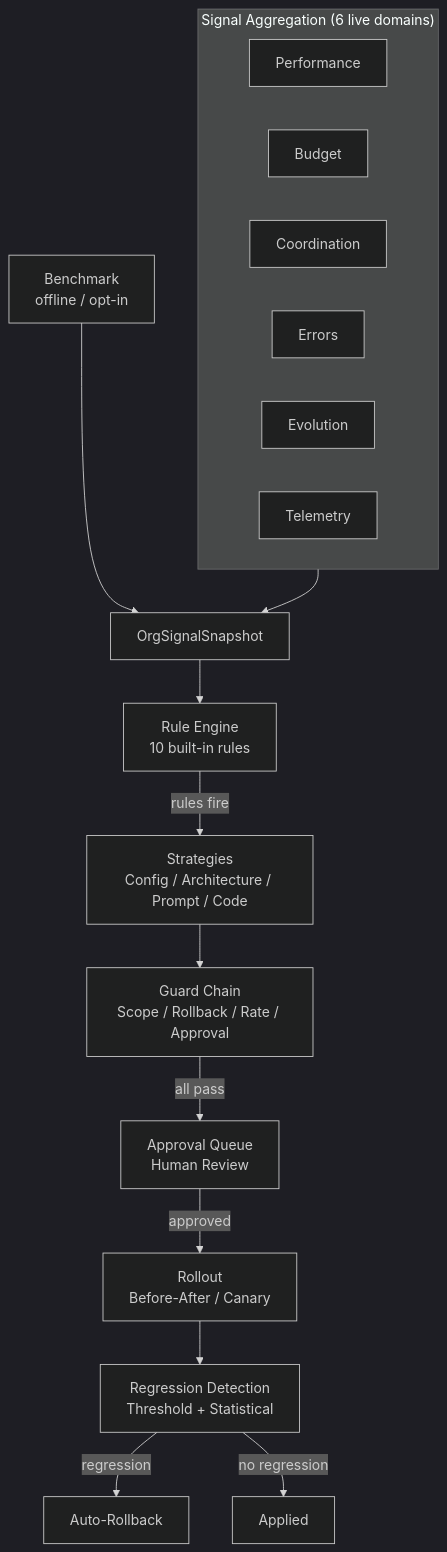
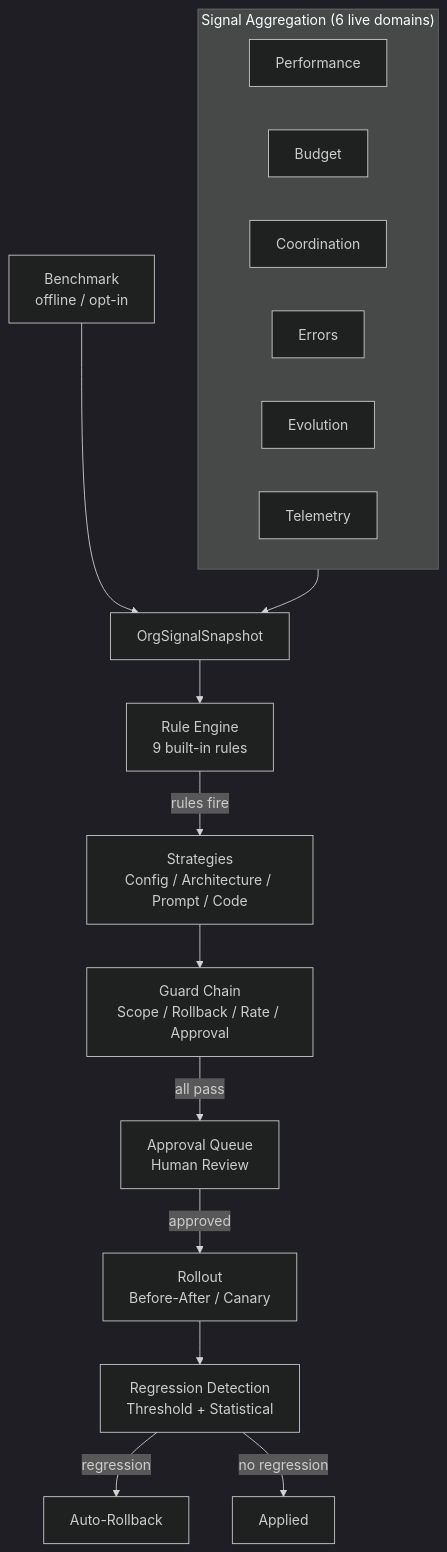
One commit to Aureliolo/synthorg changed the diagram in docs/design/self-improvement.md. Above: the diagram before and after it, drawn with Mermaid (dark theme). The commit also changed other lines of this file and 25 other files, not shown here.

````diff
--- a/docs/design/self-improvement.md
+++ b/docs/design/self-improvement.md
@@ -11,23 +11,23 @@
 ```mermaid
 flowchart TD
     subgraph signals["Signal Aggregation (6 live domains)"]
         P[Performance]
         B[Budget]
         C[Coordination]
         E[Errors]
         V[Evolution]
         T[Telemetry]
     end
 
     Bm["Benchmark<br/>offline / opt-in"]
     signals --> SNAP[OrgSignalSnapshot]
     Bm --> SNAP
-    SNAP --> RE[Rule Engine<br/>10 built-in rules]
+    SNAP --> RE[Rule Engine<br/>9 built-in rules]
     RE -->|rules fire| STRATEGIES[Strategies<br/>Config / Architecture / Prompt / Code]
     STRATEGIES --> GUARD[Guard Chain<br/>Scope / Rollback / Rate / Approval]
     GUARD -->|all pass| QUEUE[Approval Queue<br/>Human Review]
     QUEUE -->|approved| ROLLOUT[Rollout<br/>Before-After / Canary]
     ROLLOUT --> REGRESS[Regression Detection<br/>Threshold + Statistical]
     REGRESS -->|regression| ROLLBACK[Auto-Rollback]
     REGRESS -->|no regression| APPLIED[Applied]
 ```
````
